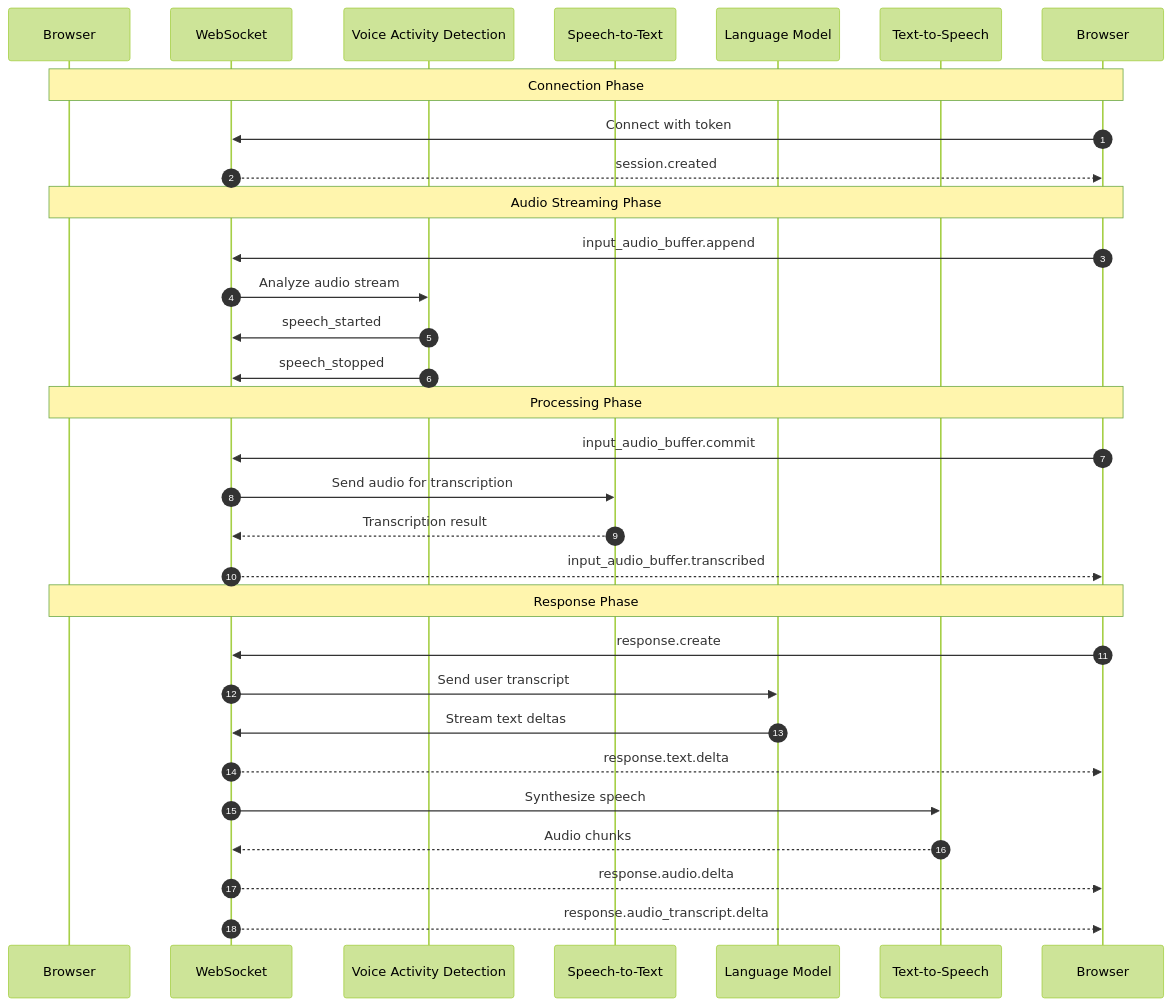
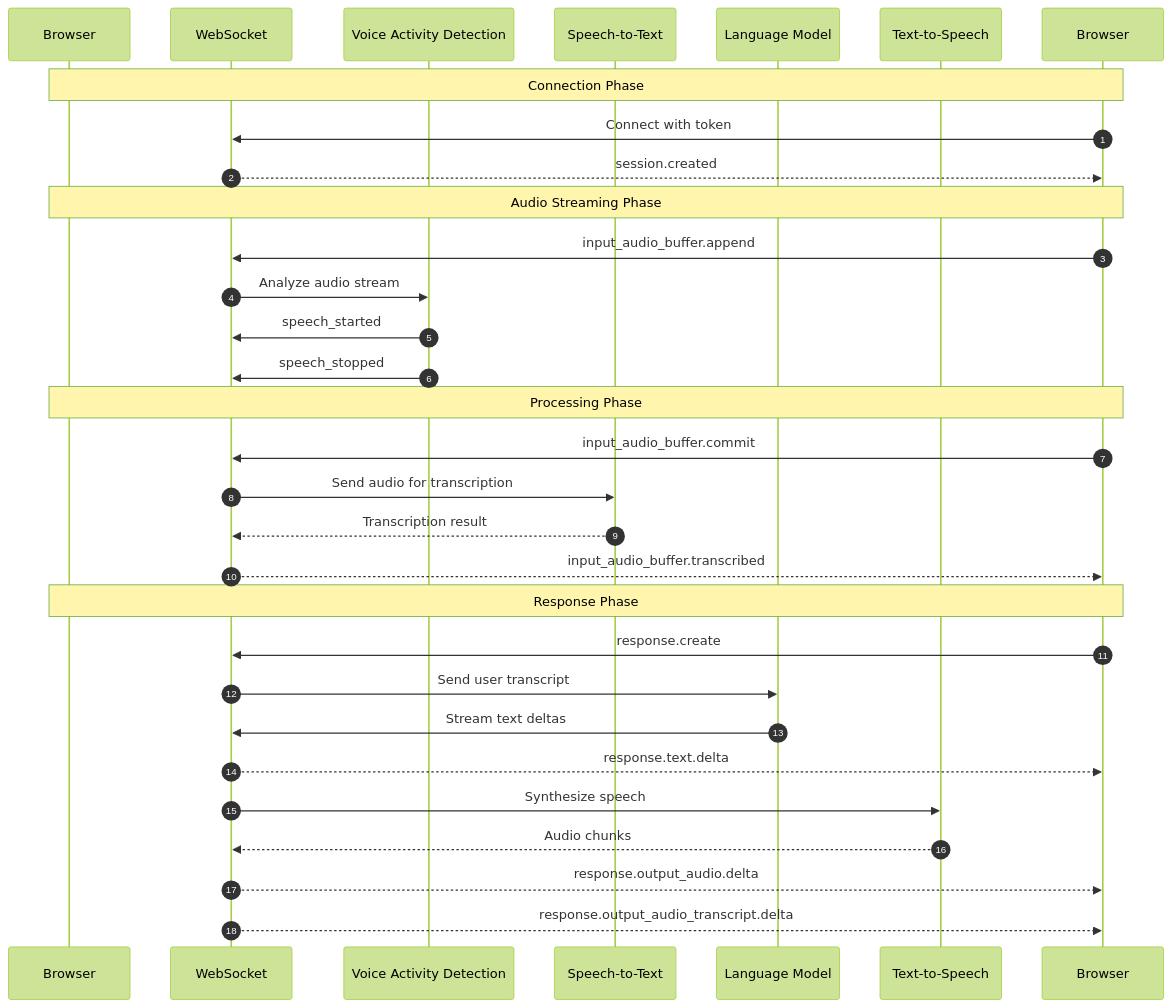
The third of 6 diagrams in wiki/docs/architecture/overview.md (usevowel/engine), drawn with Mermaid (forest theme) before and after one commit. The commit also changed other lines of this file and 9 other files, not shown here.

````diff
--- a/wiki/docs/architecture/overview.md
+++ b/wiki/docs/architecture/overview.md
@@ -108,36 +108,36 @@
 ```mermaid
 sequenceDiagram
     autonumber
     participant Client as Browser
     participant W as WebSocket
     participant VAD as Voice Activity Detection
     participant STT as Speech-to-Text
     participant LLM as Language Model
     participant TTS as Text-to-Speech
     
     Note over Client,Browser: Connection Phase
     Browser->>W: Connect with token
     W-->>Browser: session.created
     
     Note over Client,Browser: Audio Streaming Phase
     Browser->>W: input_audio_buffer.append
     W->>VAD: Analyze audio stream
     VAD->>W: speech_started
     VAD->>W: speech_stopped
     
     Note over Client,Browser: Processing Phase
     Browser->>W: input_audio_buffer.commit
     W->>STT: Send audio for transcription
     STT-->>W: Transcription result
     W-->>Browser: input_audio_buffer.transcribed
     
     Note over Client,Browser: Response Phase
     Browser->>W: response.create
     W->>LLM: Send user transcript
     LLM->>W: Stream text deltas
     W-->>Browser: response.text.delta
     W->>TTS: Synthesize speech
     TTS-->>W: Audio chunks
-    W-->>Browser: response.audio.delta
-    W-->>Browser: response.audio_transcript.delta
+W-->>Browser: response.output_audio.delta
+W-->>Browser: response.output_audio_transcript.delta
 ```
````
